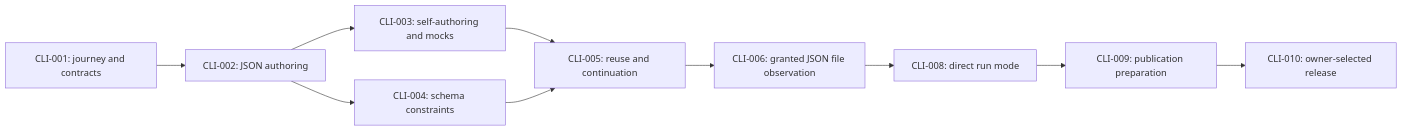
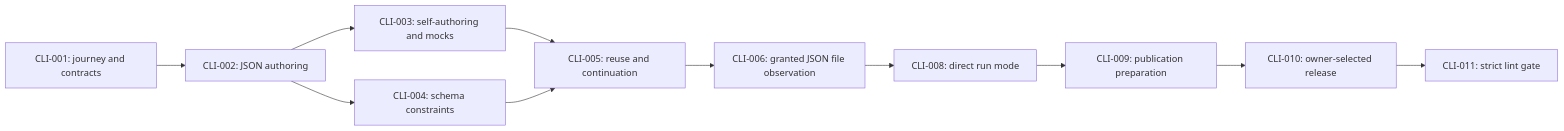
One commit to apnex/cli changed the diagram in docs/BOARD.md. Above: the diagram before and after it, drawn with Mermaid. The commit also changed other lines of this file and 77 other files, not shown here.

Commit message:
Enforce strict Rust lint checks across both packages

````diff
--- a/docs/BOARD.md
+++ b/docs/BOARD.md
@@ -94,12 +95,13 @@
 ```mermaid
 flowchart LR
     first["CLI-001: journey and contracts"] --> authoring["CLI-002: JSON authoring"]
     authoring --> loop["CLI-003: self-authoring and mocks"]
     authoring --> constraints["CLI-004: schema constraints"]
     loop --> reuse["CLI-005: reuse and continuation"]
     constraints --> reuse
     reuse --> connected["CLI-006: granted JSON file observation"]
     connected --> run["CLI-008: direct run mode"]
     run --> preparation["CLI-009: publication preparation"]
     preparation --> publication["CLI-010: owner-selected release"]
+    publication --> lint["CLI-011: strict lint gate"]
 ```
````
